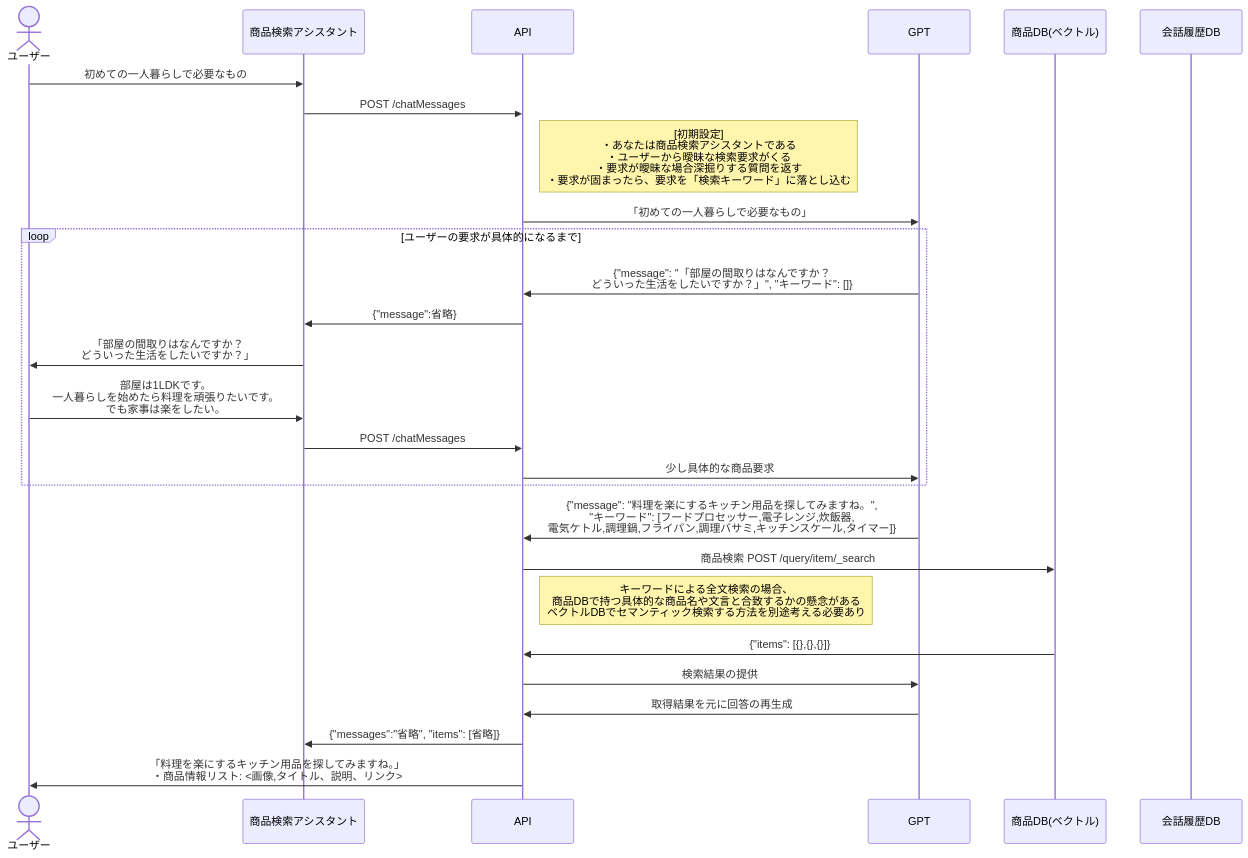
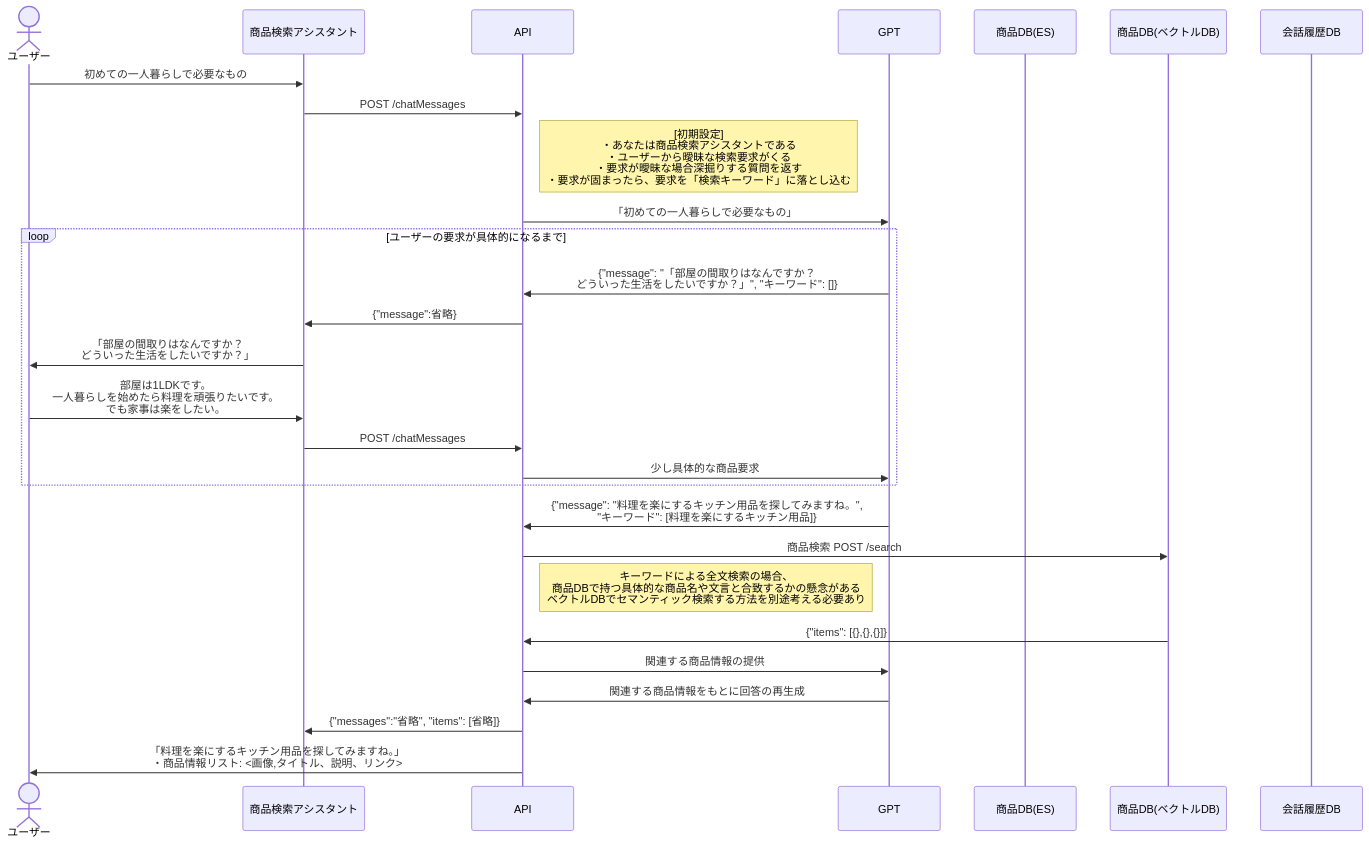
Before and after one commit to nakamura-tk/interactive-item-search-demo: the second of 2 diagrams in docs/sequence.md, drawn with Mermaid. The commit also changed 12 other files, not shown here.

````diff
--- a/docs/sequence.md
+++ b/docs/sequence.md
@@ -49,34 +49,35 @@
 ```mermaid
 sequenceDiagram
-	actor user as ユーザー
-	participant chat as 商品検索アシスタント
-	participant api as API
-	participant gpt as GPT
-	participant items as 商品DB(ベクトル)
-	participant conversations as 会話履歴DB
+  actor user as ユーザー
+  participant chat as 商品検索アシスタント
+  participant api as API
+  participant gpt as GPT
+  participant es as 商品DB(ES)
+  participant vector as 商品DB(ベクトルDB)
+  participant conversations as 会話履歴DB
 
-	user ->> chat: 初めての一人暮らしで必要なもの
-	chat ->> api: POST /chatMessages
+  user ->> chat: 初めての一人暮らしで必要なもの
+  chat ->> api: POST /chatMessages
 
-	note right of api: [初期設定]<br>・あなたは商品検索アシスタントである<br>・ユーザーから曖昧な検索要求がくる<br>・要求が曖昧な場合深掘りする質問を返す<br>・要求が固まったら、要求を「検索キーワード」に落とし込む
-	api ->> gpt: 「初めての一人暮らしで必要なもの」
+  note right of api: [初期設定]<br>・あなたは商品検索アシスタントである<br>・ユーザーから曖昧な検索要求がくる<br>・要求が曖昧な場合深掘りする質問を返す<br>・要求が固まったら、要求を「検索キーワード」に落とし込む
+  api ->> gpt: 「初めての一人暮らしで必要なもの」
 
-	loop ユーザーの要求が具体的になるまで
-			gpt ->> api:{"message": "「部屋の間取りはなんですか？<br>どういった生活をしたいですか？」", "キーワード": []}
-			api ->> chat: {"message":省略}
-			chat ->> user: 「部屋の間取りはなんですか？<br>どういった生活をしたいですか？」
+  loop ユーザーの要求が具体的になるまで
+      gpt ->> api:{"message": "「部屋の間取りはなんですか？<br>どういった生活をしたいですか？」", "キーワード": []}
+      api ->> chat: {"message":省略}
+      chat ->> user: 「部屋の間取りはなんですか？<br>どういった生活をしたいですか？」
 
-			user ->> chat: 部屋は1LDKです。<br>一人暮らしを始めたら料理を頑張りたいです。<br>でも家事は楽をしたい。
-			chat ->> api: POST /chatMessages
-			api ->> gpt: 少し具体的な商品要求
+      user ->> chat: 部屋は1LDKです。<br>一人暮らしを始めたら料理を頑張りたいです。<br>でも家事は楽をしたい。
+      chat ->> api: POST /chatMessages
+      api ->> gpt: 少し具体的な商品要求
   end
 
-	gpt ->> api: {"message": "料理を楽にするキッチン用品を探してみますね。",<br> "キーワード": [フードプロセッサー,電子レンジ,炊飯器,<br>電気ケトル,調理鍋,フライパン,調理バサミ,キッチンスケール,タイマー]}
-	api ->> items: 商品検索 POST /query/item/_search
+  gpt ->> api: {"message": "料理を楽にするキッチン用品を探してみますね。",<br> "キーワード": [料理を楽にするキッチン用品]}
+  api ->> vector: 商品検索 POST /search
   note right of api: キーワードによる全文検索の場合、<br>商品DBで持つ具体的な商品名や文言と合致するかの懸念がある<br>ベクトルDBでセマンティック検索する方法を別途考える必要あり
-  items ->> api: {"items": [{},{},{}]}
-  api ->> gpt: 検索結果の提供
-  gpt ->> api: 取得結果を元に回答の再生成
-	api ->> chat: {"messages":"省略", "items": [省略]}
-	api ->> user: 「料理を楽にするキッチン用品を探してみますね。」<br>・商品情報リスト: <画像,タイトル、説明、リンク>
+  vector ->> api: {"items": [{},{},{}]}
+  api ->> gpt: 関連する商品情報の提供
+  gpt ->> api: 関連する商品情報をもとに回答の再生成
+  api ->> chat: {"messages":"省略", "items": [省略]}
+  api ->> user: 「料理を楽にするキッチン用品を探してみますね。」<br>・商品情報リスト: <画像,タイトル、説明、リンク>
 ```
````
